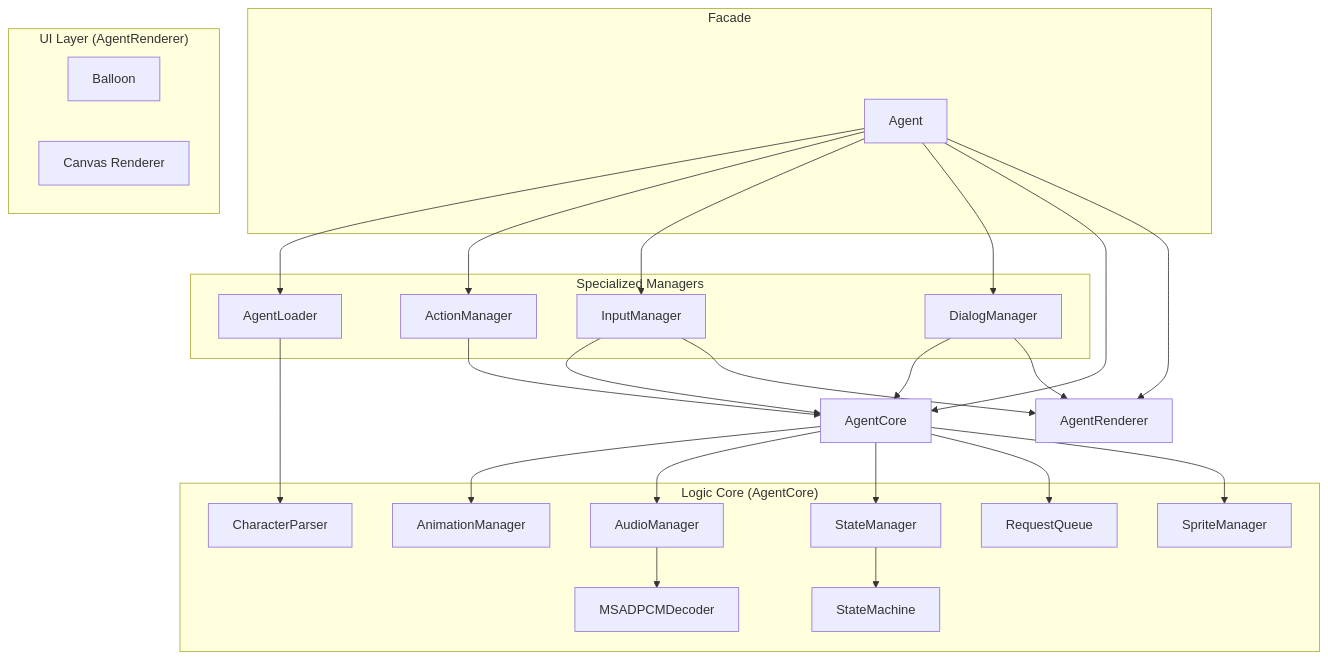
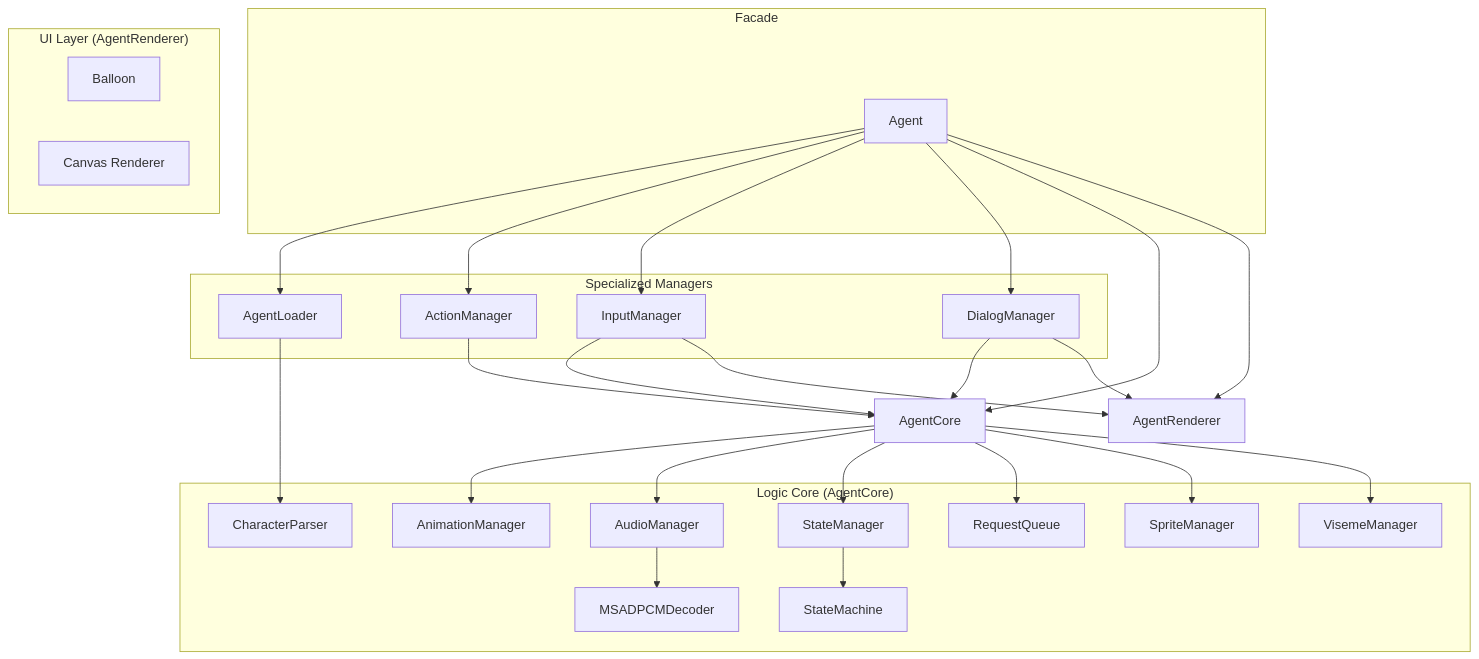
The first of 2 diagrams in docs/internals.md (azayrahmad/ms-agent-js), drawn with Mermaid before and after one commit. The commit also changed other lines of this file and 7 other files, not shown here.

First line of the commit message:
docs(core): update architecture and expand test coverage

````diff
--- a/docs/internals.md
+++ b/docs/internals.md
@@ -13,51 +13,53 @@
 ```mermaid
 graph TD
     subgraph "Facade"
     A[Agent]
     end
 
     subgraph "Specialized Managers"
     AL[AgentLoader]
     AM[ActionManager]
     IM[InputManager]
     DM[DialogManager]
     end
 
     subgraph "Logic Core (AgentCore)"
     AnM[AnimationManager]
     F[StateManager]
     H[RequestQueue]
     E[AudioManager]
     B[CharacterParser]
     M[MSADPCMDecoder]
     S[SpriteManager]
     SM[StateMachine]
+    VM[VisemeManager]
     end
 
     subgraph "UI Layer (AgentRenderer)"
     G[Balloon]
     R[Canvas Renderer]
     end
 
     A --> AL
     A --> AM
     A --> IM
     A --> DM
     A --> AgentCore
     A --> AgentRenderer
 
     AL --> B
     AM --> AgentCore
     IM --> AgentCore
     IM --> AgentRenderer
     DM --> AgentCore
     DM --> AgentRenderer
 
     AgentCore --> AnM
     AgentCore --> E
     AgentCore --> F
     AgentCore --> H
     AgentCore --> S
+    AgentCore --> VM
     F --> SM
     E --> M
 ```
````
